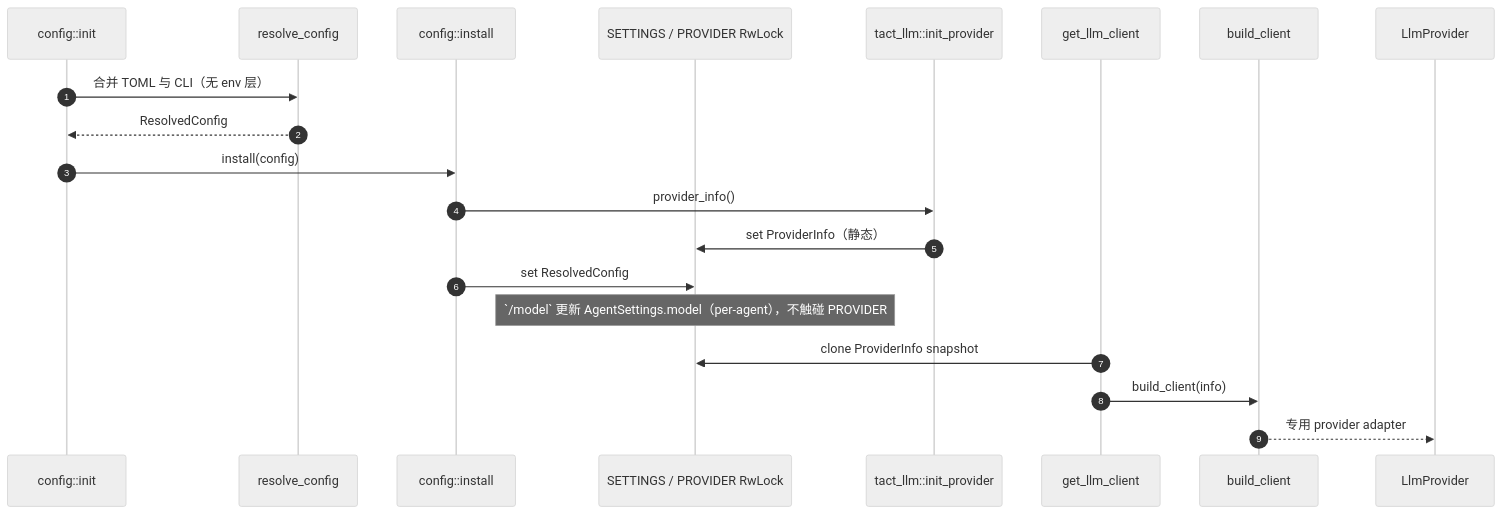
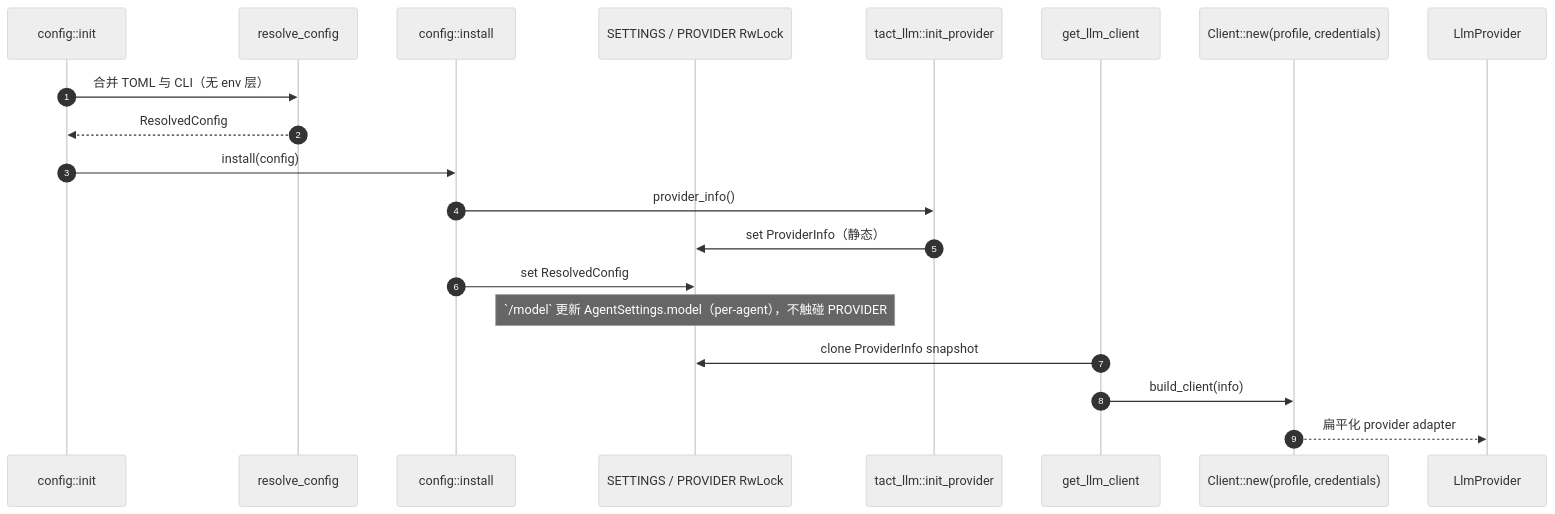
One commit to rust-infra/tact changed the second of 5 diagrams in book/22_chapter_llm_zh.md. Above: the diagram before and after it, drawn with Mermaid (neutral theme). The commit also changed other lines of this file and 37 other files, not shown here.

````diff
--- a/book/22_chapter_llm_zh.md
+++ b/book/22_chapter_llm_zh.md
@@ -88,23 +111,23 @@
 ```mermaid
 sequenceDiagram
     autonumber
     participant Init as config::init
     participant Resolve as resolve_config
     participant Install as config::install
     participant State as SETTINGS / PROVIDER RwLock
     participant LlmInit as tact_llm::init_provider
     participant Get as get_llm_client
-    participant Build as build_client
+    participant Build as Client::new(profile, credentials)
     participant Provider as LlmProvider
 
     Init->>Resolve: 合并 TOML 与 CLI（无 env 层）
     Resolve-->>Init: ResolvedConfig
     Init->>Install: install(config)
     Install->>LlmInit: provider_info()
     LlmInit->>State: set ProviderInfo（静态）
     Install->>State: set ResolvedConfig
     Note over State: `/model` 更新 AgentSettings.model（per-agent），不触碰 PROVIDER
     Get->>State: clone ProviderInfo snapshot
     Get->>Build: build_client(info)
-    Build-->>Provider: 专用 provider adapter
+    Build-->>Provider: 扁平化 provider adapter
 ```
````
